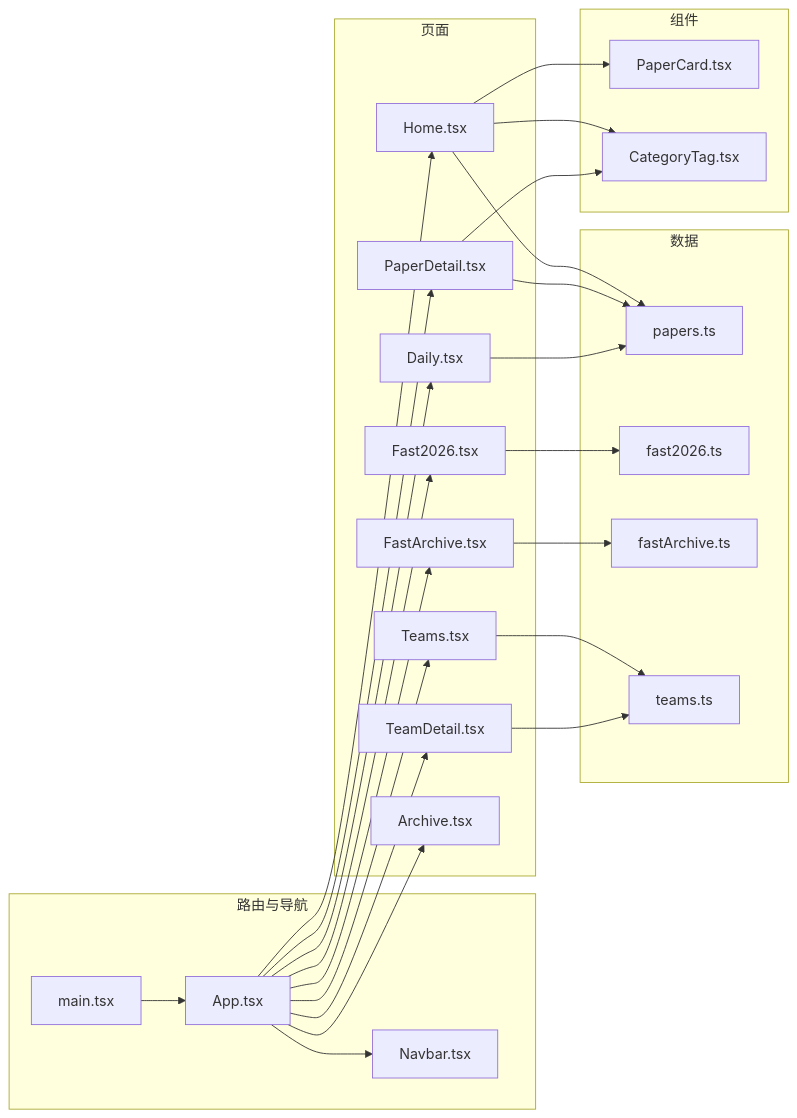
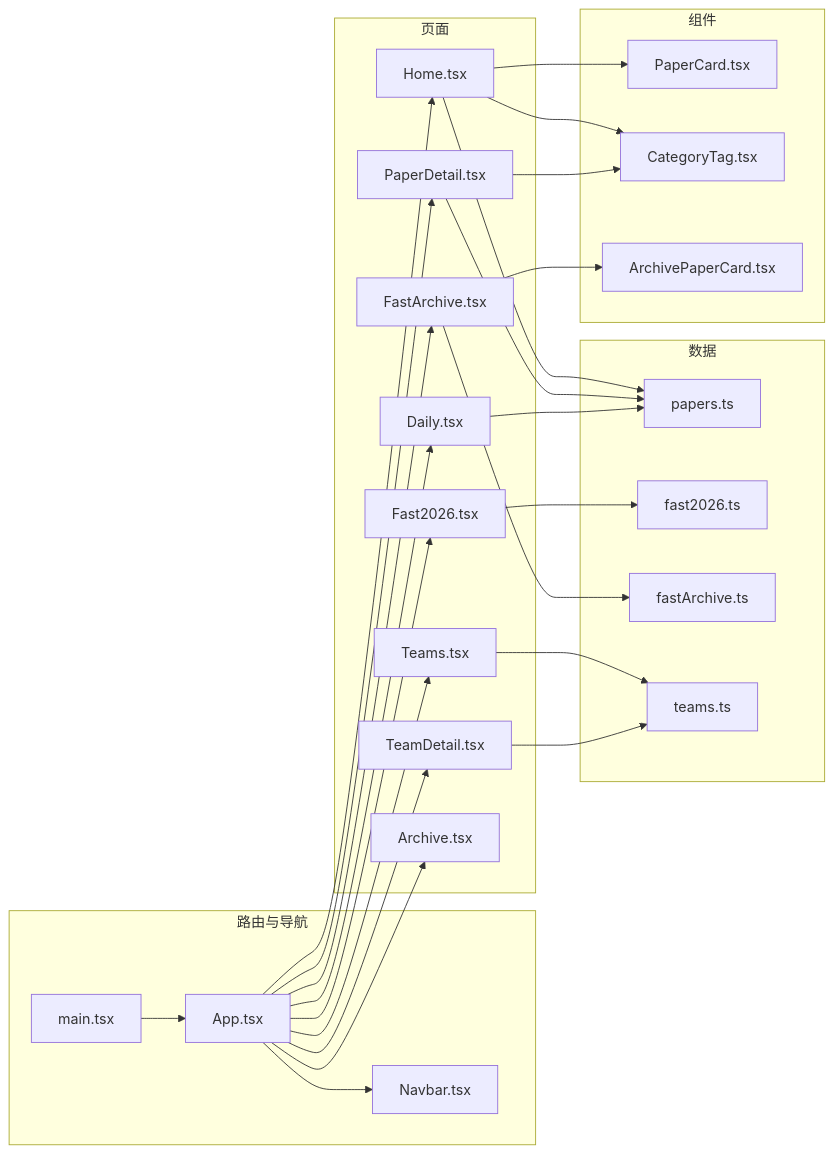
The second of 10 diagrams in .qoder/repowiki/zh/content/页面组件/页面组件.md (erikliu123/storage_ai_blog), drawn with Mermaid before and after one commit. The commit also changed other lines of this file and 61 other files, not shown here.

````diff
--- a/.qoder/repowiki/zh/content/页面组件/页面组件.md
+++ b/.qoder/repowiki/zh/content/页面组件/页面组件.md
@@ -139,31 +148,32 @@
 ```mermaid
 graph LR
 subgraph "路由与导航"
 M["main.tsx"] --> A["App.tsx"]
 A --> N["Navbar.tsx"]
 end
 subgraph "页面"
 A --> Hm["Home.tsx"]
 A --> Pd["PaperDetail.tsx"]
 A --> F26["Fast2026.tsx"]
 A --> FA["FastArchive.tsx"]
 A --> Ts["Teams.tsx"]
 A --> Td["TeamDetail.tsx"]
 A --> Dy["Daily.tsx"]
 A --> Ar["Archive.tsx"]
 end
 subgraph "数据"
 Hm --> Dp["papers.ts"]
 Pd --> Dp
 Dy --> Dp
 F26 --> Df["fast2026.ts"]
 FA --> DFA["fastArchive.ts"]
 Ts --> Dt["teams.ts"]
 Td --> Dt
 end
 subgraph "组件"
 Hm --> Pc["PaperCard.tsx"]
 Hm --> Ct["CategoryTag.tsx"]
 Pd --> Ct
+FA --> APC["ArchivePaperCard.tsx"]
 end
 ```
````
